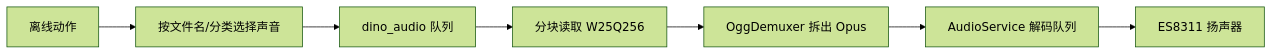
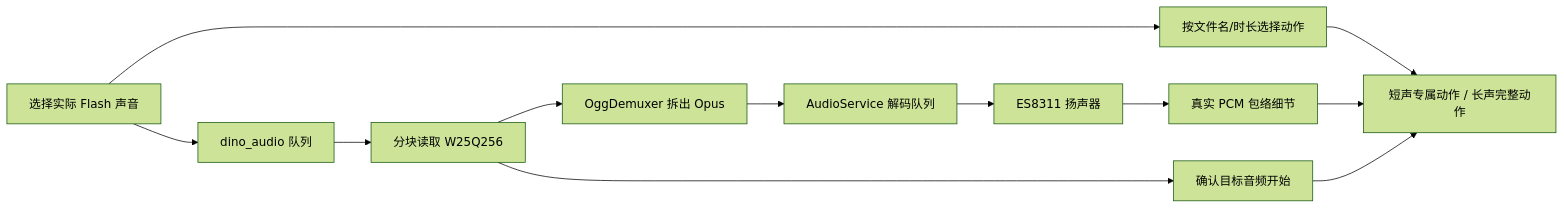
Before and after one commit to zylz-Project/xiaozhi_pro: the sixth of 8 diagrams in main/boards/wzh_dinosaur/XIAOZHI_RUNTIME.md, drawn with Mermaid (forest theme). The commit also changed other lines of this file and 253 other files, not shown here.

````diff
--- a/main/boards/wzh_dinosaur/XIAOZHI_RUNTIME.md
+++ b/main/boards/wzh_dinosaur/XIAOZHI_RUNTIME.md
@@ -598,9 +689,14 @@
 ```mermaid
 flowchart LR
-    Action[离线动作] --> Select[按文件名/分类选择声音]
+    Select[选择实际 Flash 声音] --> Classify[按文件名/时长选择动作]
     Select --> Queue[dino_audio 队列]
     Queue --> SPI[分块读取 W25Q256]
     SPI --> OGG[OggDemuxer 拆出 Opus]
     OGG --> Decode[AudioService 解码队列]
     Decode --> Output[ES8311 扬声器]
+    SPI --> Started[确认目标音频开始]
+    Started --> Motion[短声专属动作 / 长声完整动作]
+    Classify --> Motion
+    Output --> Envelope[真实 PCM 包络细节]
+    Envelope --> Motion
 ```
````
